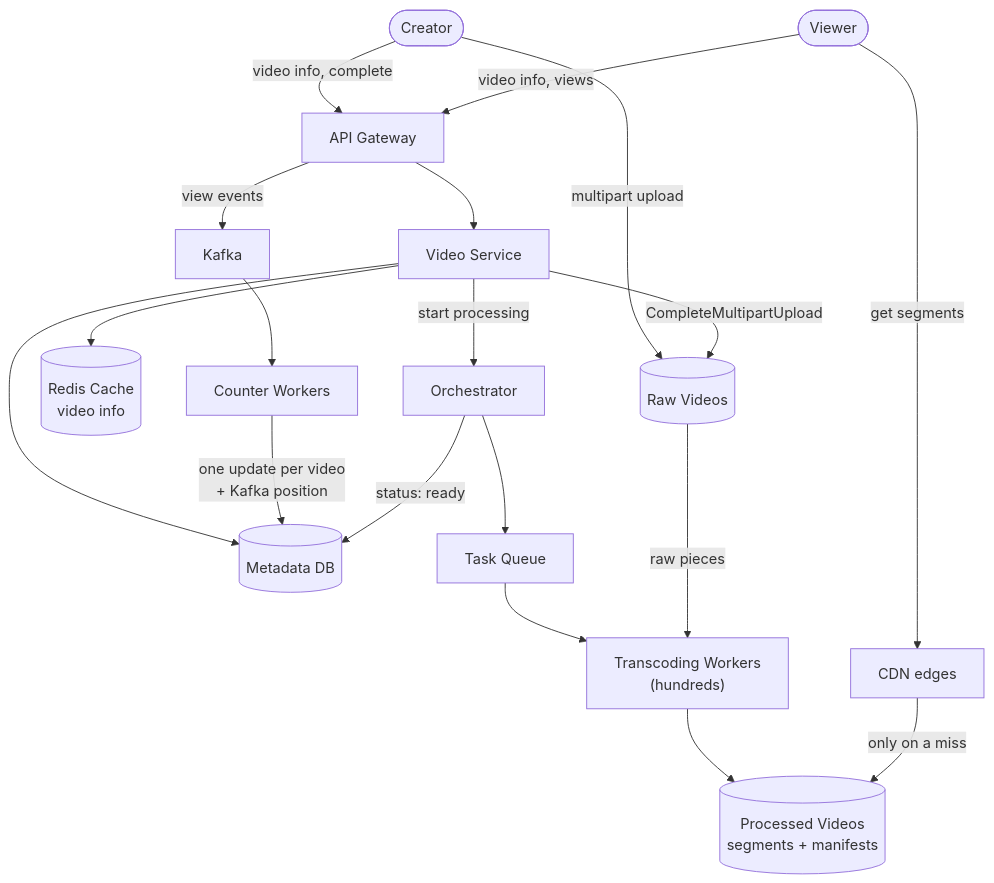
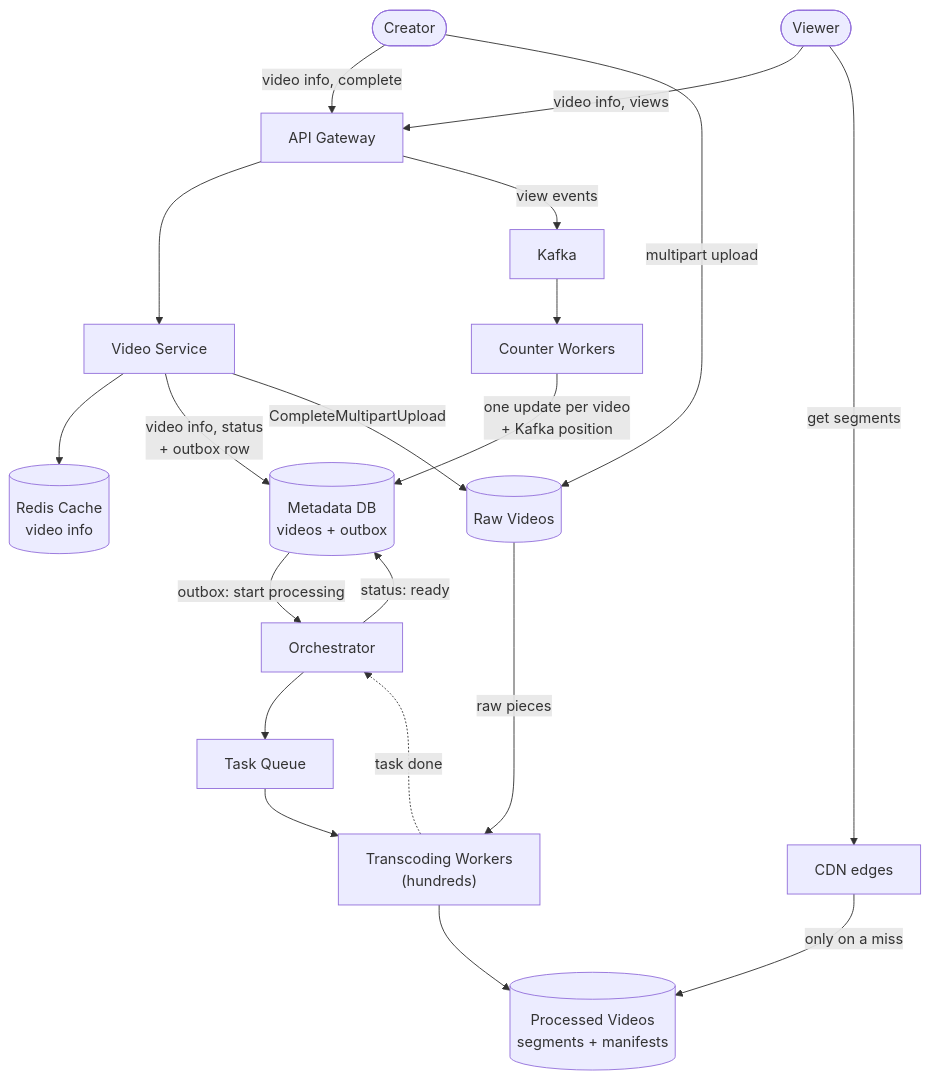
One commit to iamrs77/interview-ready changed the sixth of 6 diagrams in content/system-design/questions/youtube.mdx. Above: the diagram before and after it, drawn with Mermaid. The commit also changed other lines of this file and 132 other files, not shown here.

````diff
--- a/content/system-design/questions/youtube.mdx
+++ b/content/system-design/questions/youtube.mdx
@@ -295,23 +305,24 @@
 ```mermaid
 flowchart TB
   Creator(["Creator"]):::client
   Viewer(["Viewer"]):::client
   Creator -->|"video info, complete"| GW["API Gateway"]:::lb
   Creator -->|"multipart upload"| Raw[("Raw Videos")]:::storage
   Viewer -->|"video info, views"| GW
   Viewer -->|"get segments"| CDN["CDN edges"]:::storage
   GW --> VideoSvc["Video Service"]:::service
   GW -->|"view events"| Kafka["Kafka"]:::queue
   VideoSvc --> Cache[("Redis Cache<br/>video info")]:::cache
-  VideoSvc --> Meta[("Metadata DB")]:::db
+  VideoSvc -->|"video info, status<br/>+ outbox row"| Meta[("Metadata DB<br/>videos + outbox")]:::db
   Kafka --> Counter["Counter Workers"]:::service
   Counter -->|"one update per video<br/>+ Kafka position"| Meta
   VideoSvc -->|"CompleteMultipartUpload"| Raw
-  VideoSvc -->|"start processing"| Orch["Orchestrator"]:::service
+  Meta -->|"outbox: start processing"| Orch["Orchestrator"]:::service
   Orch --> TaskQ["Task Queue"]:::queue
   TaskQ --> Workers["Transcoding Workers<br/>(hundreds)"]:::service
   Raw -->|"raw pieces"| Workers
   Workers --> Done[("Processed Videos<br/>segments + manifests")]:::storage
+  Workers -.->|"task done"| Orch
   Orch -->|"status: ready"| Meta
   CDN -->|"only on a miss"| Done
 ```
````
